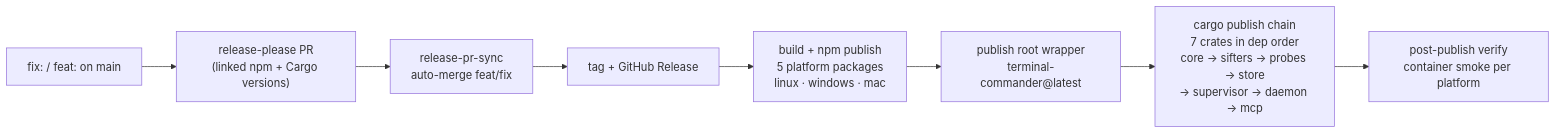
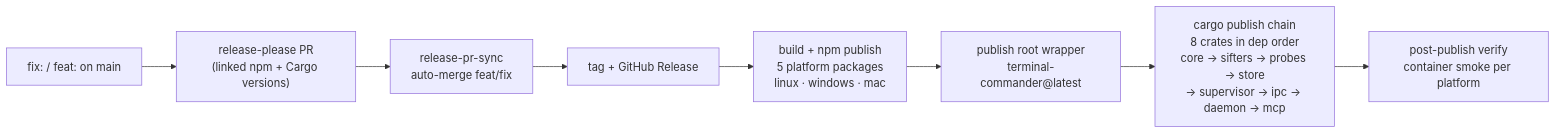
The third of 3 diagrams in README.md (special-place-ai-heaven/terminal-commander), drawn with Mermaid before and after one commit. The commit also changed other lines of this file, not shown here.

Commit message:
docs(readme): product-entry overhaul - badges, why/innovations, life-of-a-command diagram, 39-tool catalogue, alert notices (Phase 4)

````diff
--- a/README.md
+++ b/README.md
@@ -429,10 +609,10 @@
 ```mermaid
 flowchart LR
   Commit["fix: / feat: on main"] --> RP["release-please PR\n(linked npm + Cargo versions)"]
   RP --> Sync["release-pr-sync\nauto-merge feat/fix"]
   Sync --> Tag["tag + GitHub Release"]
   Tag --> Plat["build + npm publish\n5 platform packages\nlinux · windows · mac"]
   Plat --> Root["publish root wrapper\nterminal-commander@latest"]
-  Root --> Cargo["cargo publish chain\n7 crates in dep order\ncore → sifters → probes → store\n→ supervisor → daemon → mcp"]
+  Root --> Cargo["cargo publish chain\n8 crates in dep order\ncore → sifters → probes → store\n→ supervisor → ipc → daemon → mcp"]
   Cargo --> Verify["post-publish verify\ncontainer smoke per platform"]
 ```
````
